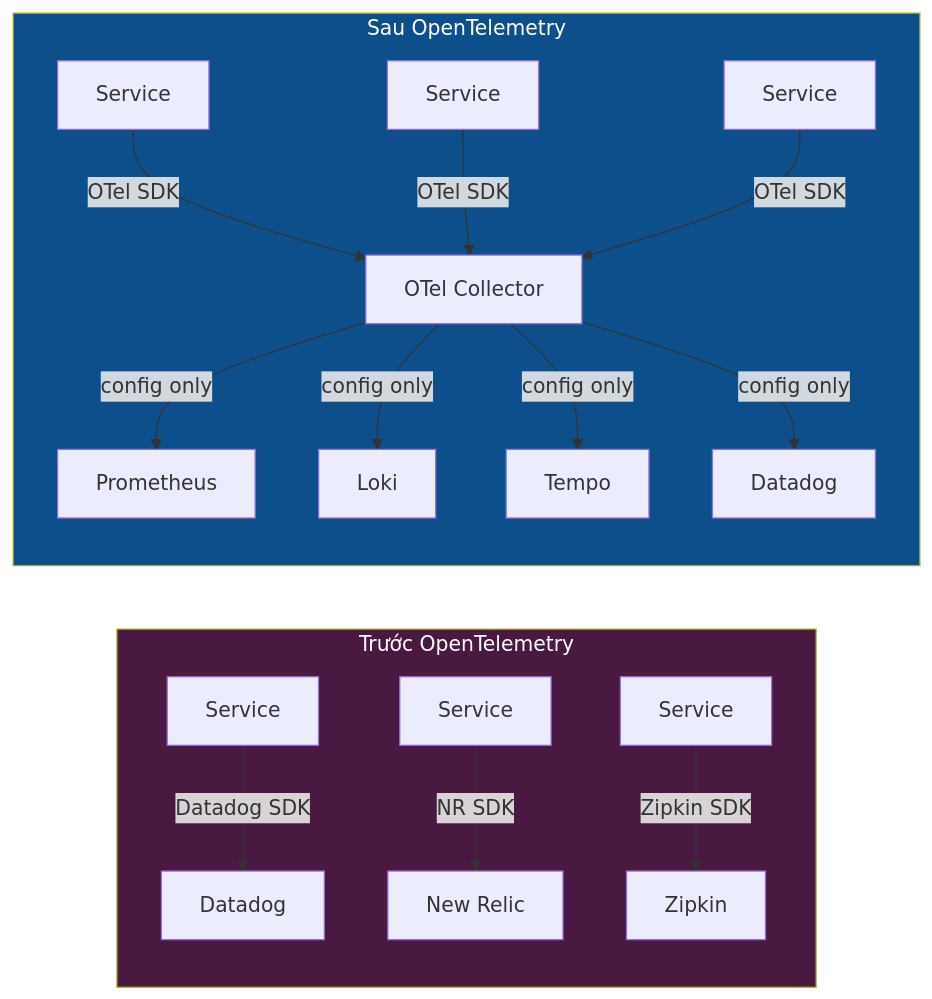
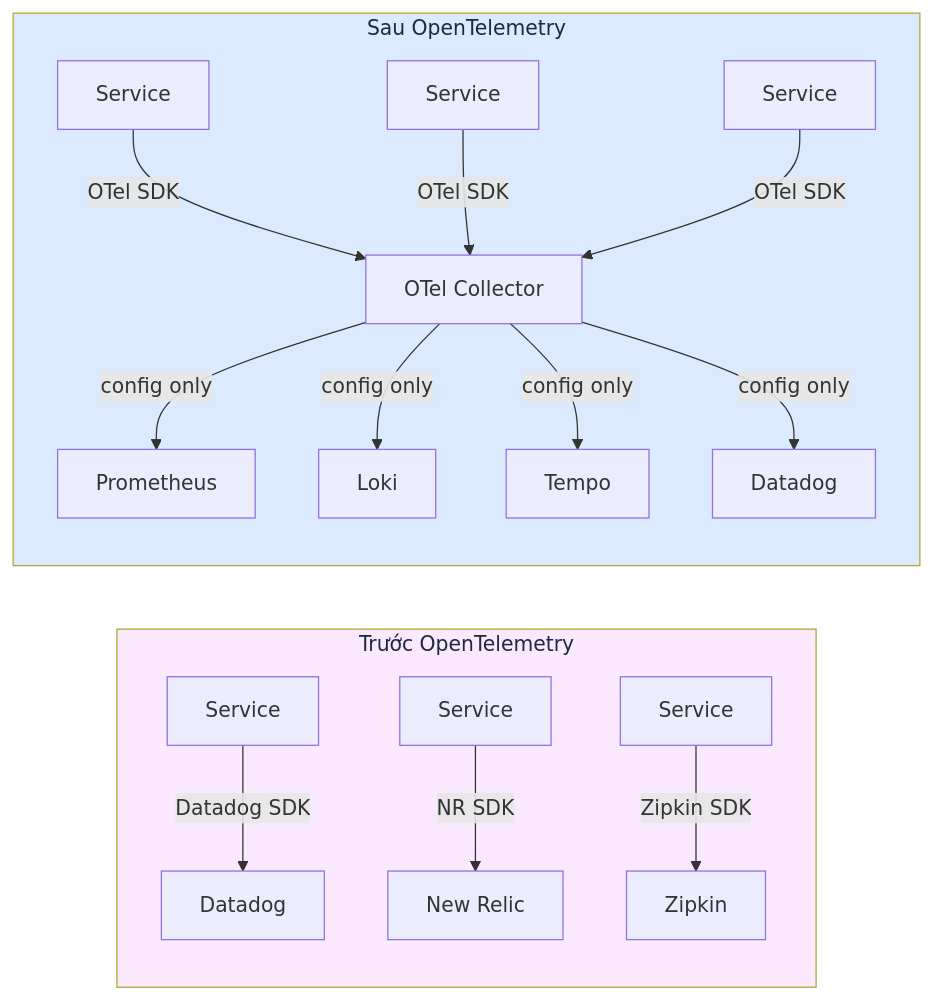
Before and after one commit to XUanhoa04/aiops-engineering-handbook: the first of 7 diagrams in docs/vi/02-opentelemetry/README.vi.md, drawn with Mermaid. The commit also changed other lines of this file and 39 other files, not shown here.

First line of the commit message:
docs: concept-first Ch.08-12, collapse code, soft Mermaid colors

````diff
--- a/docs/vi/02-opentelemetry/README.vi.md
+++ b/docs/vi/02-opentelemetry/README.vi.md
@@ -77,21 +77,21 @@
 ```mermaid
 graph LR
     subgraph Before["Trước OpenTelemetry"]
         A1[Service] -->|Datadog SDK| DD[Datadog]
         A2[Service] -->|NR SDK| NR[New Relic]
         A3[Service] -->|Zipkin SDK| ZP[Zipkin]
     end
 
     subgraph After["Sau OpenTelemetry"]
         B1[Service] -->|OTel SDK| COL[OTel Collector]
         B2[Service] -->|OTel SDK| COL
         B3[Service] -->|OTel SDK| COL
         COL -->|config only| P[Prometheus]
         COL -->|config only| L[Loki]
         COL -->|config only| T[Tempo]
         COL -->|config only| DD2[Datadog]
     end
 
-    style Before fill:#4a1942,color:#fff
-    style After fill:#0d4f8b,color:#fff
+    style Before fill:#fae8ff,color:#1e293b
+    style After fill:#dbeafe,color:#1e293b
 ```
````
